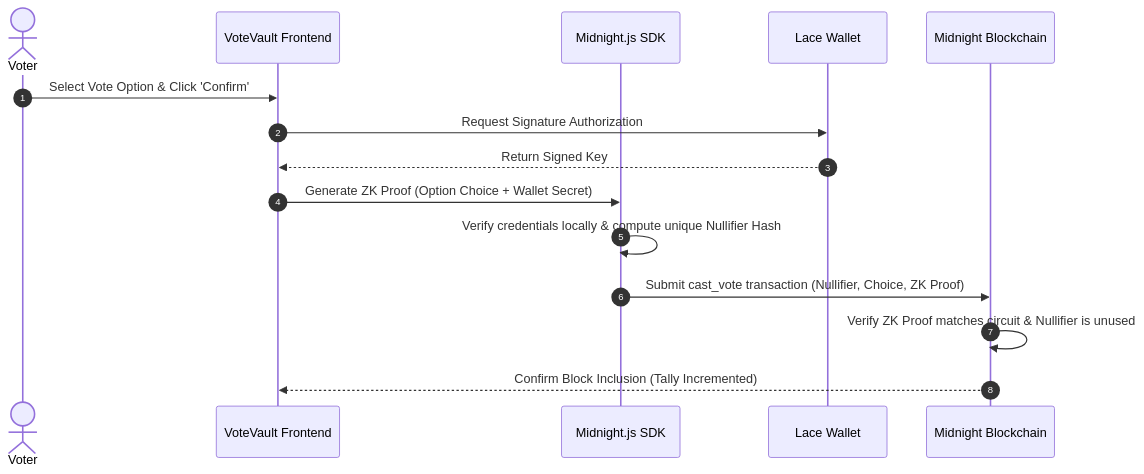
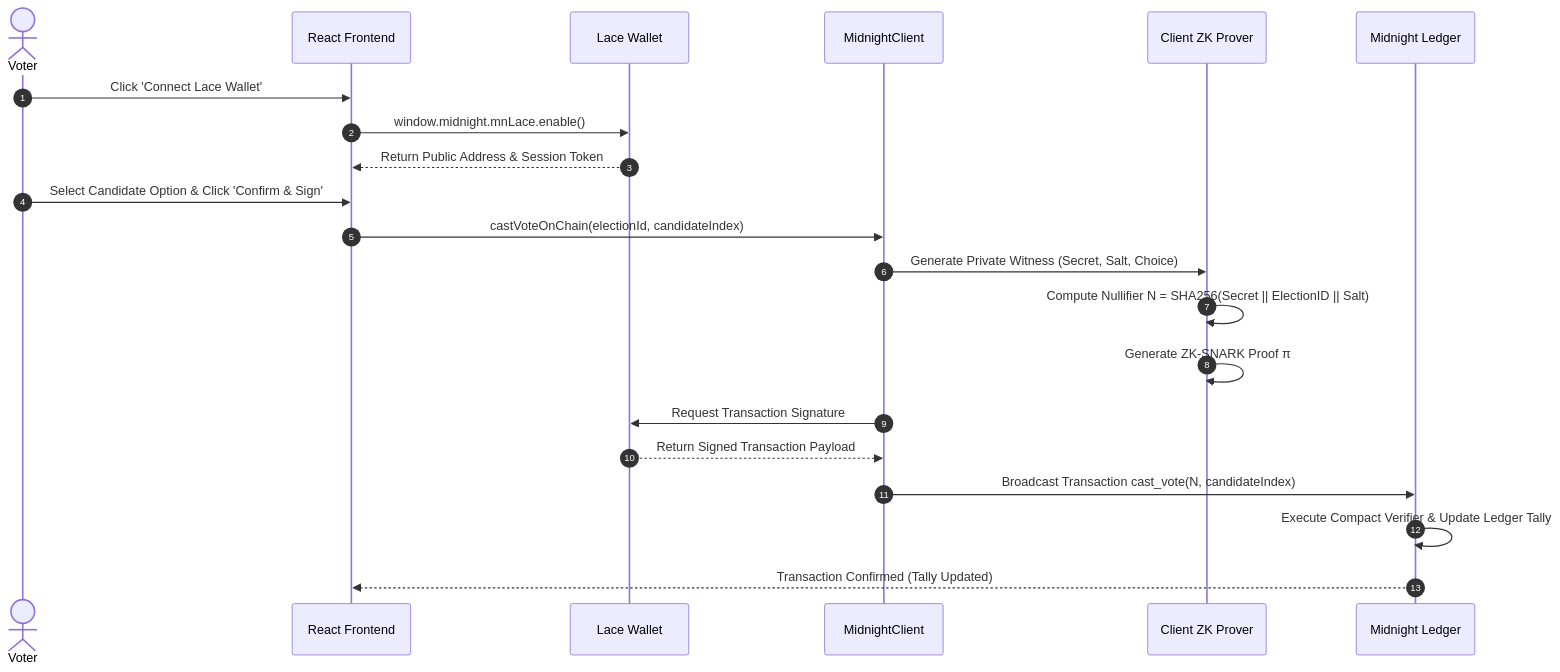
The fourth of 6 diagrams in docs/architecture.md (Aryaaa-21/VoteVault), drawn with Mermaid before and after one commit. The commit also changed other lines of this file and 13 other files, not shown here.

````diff
--- a/docs/architecture.md
+++ b/docs/architecture.md
@@ -46,18 +134,24 @@
 ```mermaid
 sequenceDiagram
     autonumber
     actor Voter
-    participant UI as VoteVault Frontend
-    participant SDK as Midnight.js SDK
-    participant Wallet as Lace Wallet
-    participant Ledger as Midnight Blockchain
+    participant UI as React Frontend
+    participant Lace as Lace Wallet
+    participant SDK as MidnightClient
+    participant Prover as Client ZK Prover
+    participant Node as Midnight Ledger
 
-    Voter->>UI: Select Vote Option & Click 'Confirm'
-    UI->>Wallet: Request Signature Authorization
-    Wallet-->>UI: Return Signed Key
-    UI->>SDK: Generate ZK Proof (Option Choice + Wallet Secret)
-    SDK->>SDK: Verify credentials locally & compute unique Nullifier Hash
-    SDK->>Ledger: Submit cast_vote transaction (Nullifier, Choice, ZK Proof)
-    Ledger->>Ledger: Verify ZK Proof matches circuit & Nullifier is unused
-    Ledger-->>UI: Confirm Block Inclusion (Tally Incremented)
+    Voter->>UI: Click 'Connect Lace Wallet'
+    UI->>Lace: window.midnight.mnLace.enable()
+    Lace-->>UI: Return Public Address & Session Token
+    Voter->>UI: Select Candidate Option & Click 'Confirm & Sign'
+    UI->>SDK: castVoteOnChain(electionId, candidateIndex)
+    SDK->>Prover: Generate Private Witness (Secret, Salt, Choice)
+    Prover->>Prover: Compute Nullifier N = SHA256(Secret || ElectionID || Salt)
+    Prover->>Prover: Generate ZK-SNARK Proof π
+    SDK->>Lace: Request Transaction Signature
+    Lace-->>SDK: Return Signed Transaction Payload
+    SDK->>Node: Broadcast Transaction cast_vote(N, candidateIndex)
+    Node->>Node: Execute Compact Verifier & Update Ledger Tally
+    Node-->>UI: Transaction Confirmed (Tally Updated)
 ```
````
